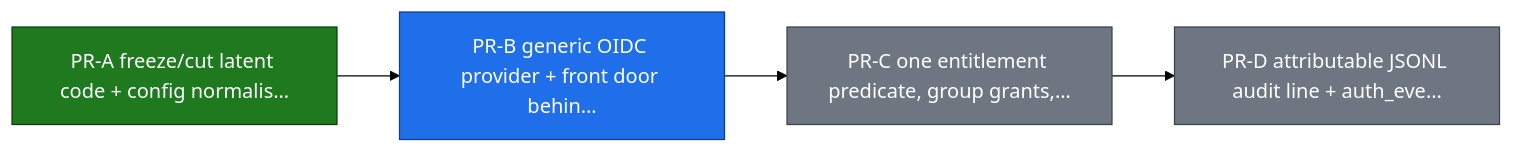
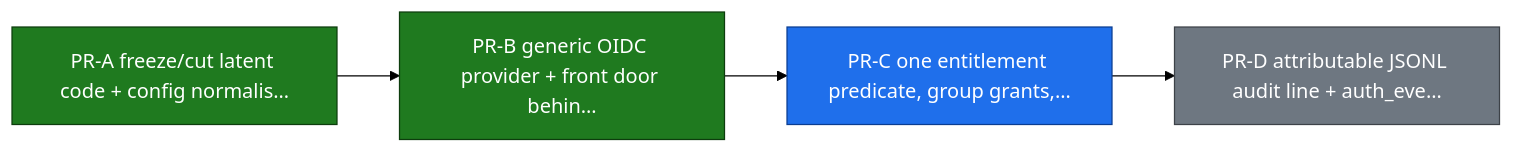
Before and after one commit to smart-mcp-proxy/mcpproxy-go: the tenth of 24 diagrams in ROADMAP.md, drawn with Mermaid (forest theme). The commit also changed other lines of this file and 98 other files, not shown here.

````diff
--- a/ROADMAP.md
+++ b/ROADMAP.md
@@ -415,18 +415,18 @@
 ```mermaid
 graph LR
   sso_pr_a_freeze_cut["PR-A freeze/cut latent code + config normalis…"]
   sso_pr_b_oidc_front_door["PR-B generic OIDC provider + front door behin…"]
   sso_pr_c_group_allowlist["PR-C one entitlement predicate, group grants,…"]
   sso_pr_d_audit_line["PR-D attributable JSONL audit line + auth_eve…"]
 
   sso_pr_a_freeze_cut --> sso_pr_b_oidc_front_door
   sso_pr_b_oidc_front_door --> sso_pr_c_group_allowlist
   sso_pr_c_group_allowlist --> sso_pr_d_audit_line
 
   classDef done fill:#1f7a1f,stroke:#0d3d0d,color:#ffffff;
   classDef in_progress fill:#1f6feb,stroke:#0b3d91,color:#ffffff;
   classDef todo fill:#6e7781,stroke:#3d4248,color:#ffffff;
-  class sso_pr_a_freeze_cut done;
-  class sso_pr_b_oidc_front_door in_progress;
-  class sso_pr_c_group_allowlist,sso_pr_d_audit_line todo;
+  class sso_pr_a_freeze_cut,sso_pr_b_oidc_front_door done;
+  class sso_pr_c_group_allowlist in_progress;
+  class sso_pr_d_audit_line todo;
 ```
````
